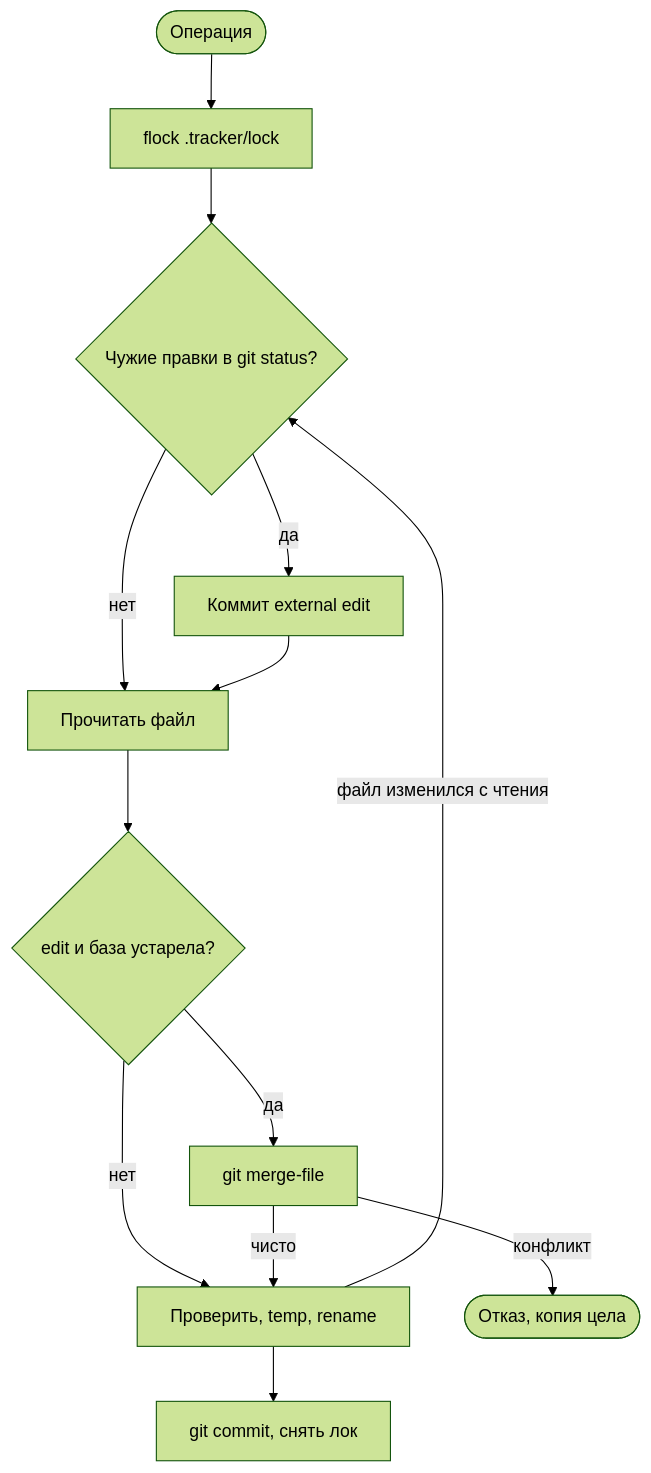
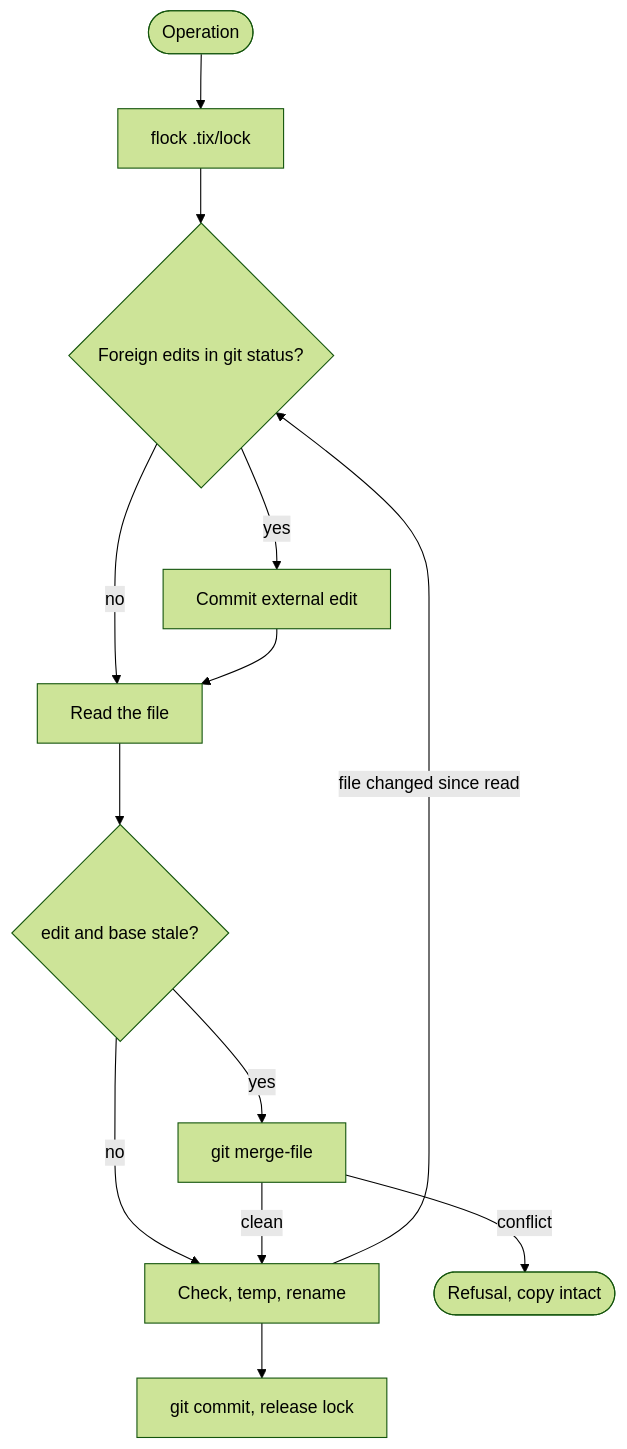
One commit to daniil4545/tix changed the second of 2 diagrams in docs/spec.md. Above: the diagram before and after it, drawn with Mermaid (forest theme). The commit also changed other lines of this file and 12 other files, not shown here.

First line of the commit message:
docs: translate spec, decisions, architecture and project docs to English

````diff
--- a/docs/spec.md
+++ b/docs/spec.md
@@ -84,15 +84,15 @@
 ```mermaid
 flowchart TD
-  s(["Операция"]) --> l["flock .tracker/lock"]
-  l --> e{"Чужие правки в git status?"}
-  e -->|"да"| c1["Коммит external edit"]
-  e -->|"нет"| r["Прочитать файл"]
+  s(["Operation"]) --> l["flock .tix/lock"]
+  l --> e{"Foreign edits in git status?"}
+  e -->|"yes"| c1["Commit external edit"]
+  e -->|"no"| r["Read the file"]
   c1 --> r
-  r --> b{"edit и база устарела?"}
-  b -->|"да"| m["git merge-file"]
-  b -->|"нет"| w["Проверить, temp, rename"]
-  m -->|"чисто"| w
-  m -->|"конфликт"| x(["Отказ, копия цела"])
-  w -->|"файл изменился с чтения"| e
-  w --> g["git commit, снять лок"]
+  r --> b{"edit and base stale?"}
+  b -->|"yes"| m["git merge-file"]
+  b -->|"no"| w["Check, temp, rename"]
+  m -->|"clean"| w
+  m -->|"conflict"| x(["Refusal, copy intact"])
+  w -->|"file changed since read"| e
+  w --> g["git commit, release lock"]
 ```
````
